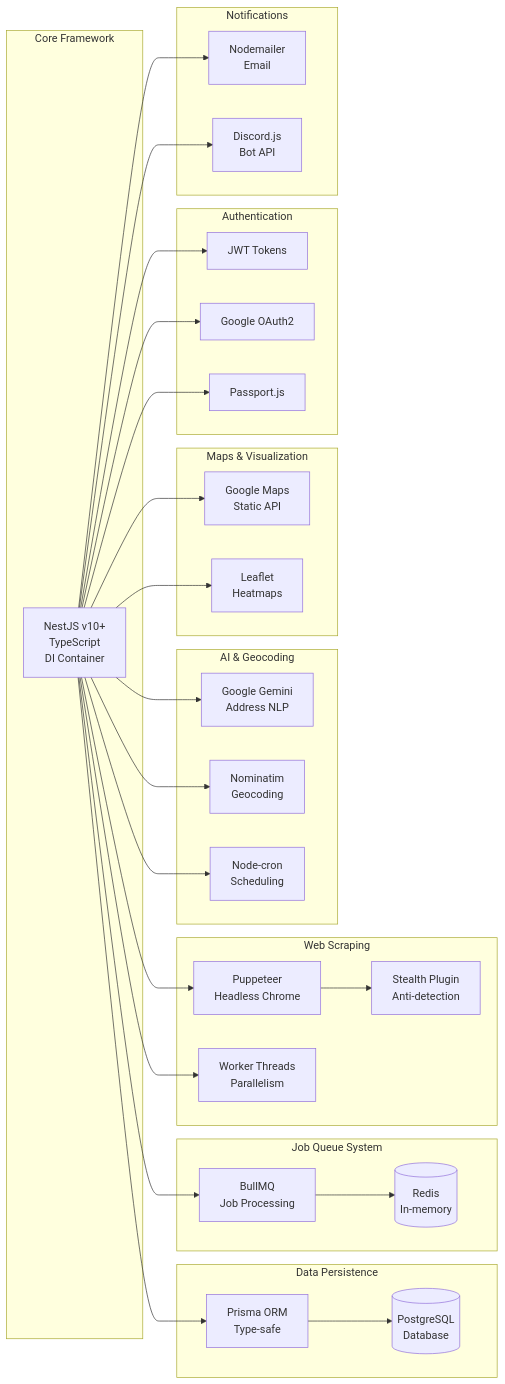
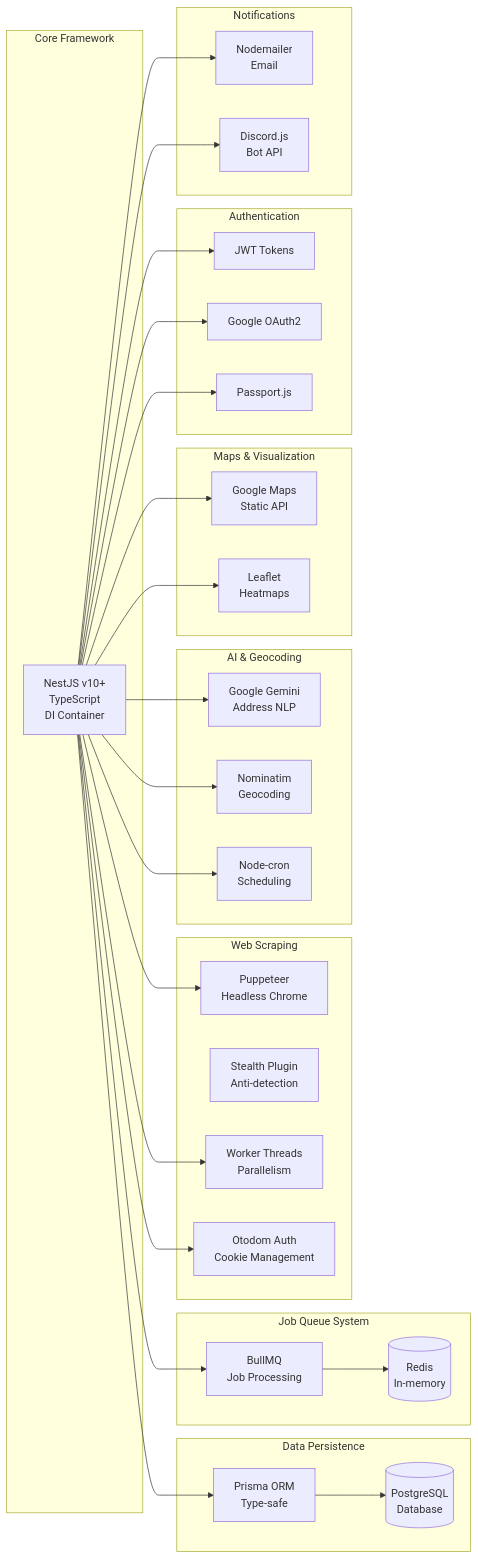
The third of 8 diagrams in README.md (Mieszkaniownik/mieszkaniownik), drawn with Mermaid before and after one commit. The commit also changed other lines of this file and 52 other files, not shown here.

````diff
--- a/README.md
+++ b/README.md
@@ -169,50 +171,50 @@
 ```mermaid
 graph LR
     subgraph CORE["Core Framework"]
         NEST[NestJS v10+<br/>TypeScript<br/>DI Container]
     end
 
     subgraph DB["Data Persistence"]
         PRISMA[Prisma ORM<br/>Type-safe]
         PG[(PostgreSQL<br/>Database)]
     end
 
     subgraph QUEUE["Job Queue System"]
         BULLMQ[BullMQ<br/>Job Processing]
         REDIS[(Redis<br/>In-memory)]
     end
 
     subgraph SCRAPE["Web Scraping"]
         PUPPETEER[Puppeteer<br/>Headless Chrome]
         STEALTH[Stealth Plugin<br/>Anti-detection]
         WORKER[Worker Threads<br/>Parallelism]
+        OTODOM_AUTH[Otodom Auth<br/>Cookie Management]
     end
 
     subgraph AI["AI & Geocoding"]
         GOOGLE_AI[Google Gemini<br/>Address NLP]
         NOMINATIM[Nominatim<br/>Geocoding]
         SCHEDULER[Node-cron<br/>Scheduling]
     end
 
     subgraph MAPS["Maps & Visualization"]
         GMAPS[Google Maps<br/>Static API]
         HEATMAP[Leaflet<br/>Heatmaps]
     end
 
     subgraph AUTH["Authentication"]
         JWT[JWT Tokens]
         OAUTH[Google OAuth2]
         PASSPORT[Passport.js]
     end
 
     subgraph NOTIF["Notifications"]
         NODEMAILER[Nodemailer<br/>Email]
         DISCORD[Discord.js<br/>Bot API]
     end
 
     %% Connections
-    NEST --> PRISMA & BULLMQ & PUPPETEER & WORKER & GOOGLE_AI & NOMINATIM & SCHEDULER & JWT & OAUTH & PASSPORT & NODEMAILER & DISCORD & GMAPS & HEATMAP
+    NEST --> PRISMA & BULLMQ & PUPPETEER & WORKER & OTODOM_AUTH & GOOGLE_AI & NOMINATIM & SCHEDULER & JWT & OAUTH & PASSPORT & NODEMAILER & DISCORD & GMAPS & HEATMAP
     PRISMA --> PG
     BULLMQ --> REDIS
-    PUPPETEER --> STEALTH
 ```
````
